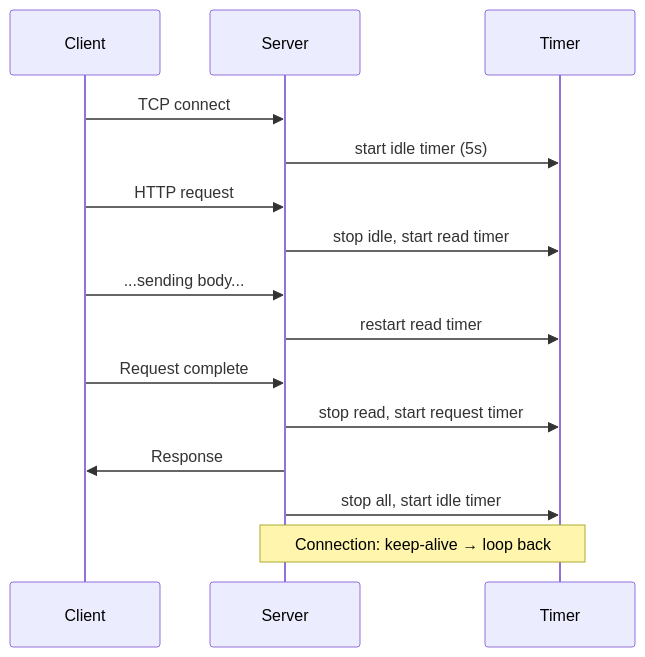
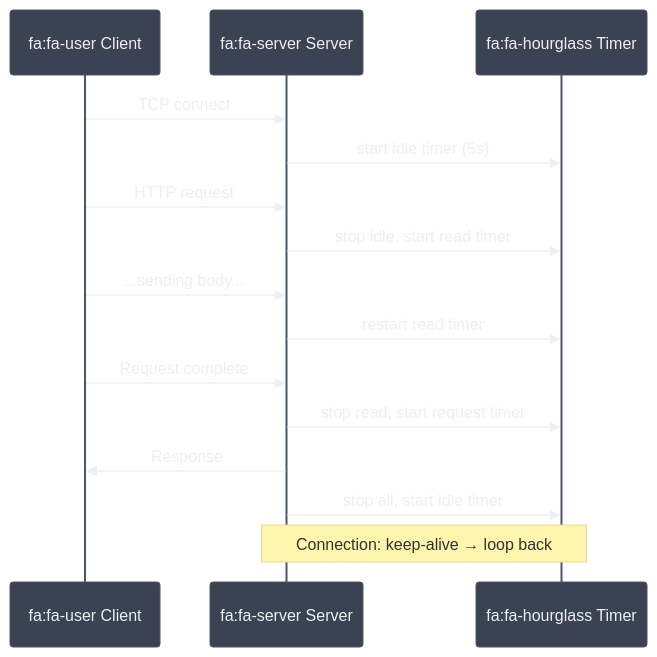
Before and after one commit to quintin-lee/csilk: the eighth of 9 diagrams in docs/module-design/server.md, drawn with Mermaid. The commit also changed other lines of this file and 30 other files, not shown here.

Commit message:
docs(docs): 📝 apply Nord Mermaid theme, RFC 2119 keywords, and quantified metrics to all docs

````diff
--- a/docs/module-design/server.md
+++ b/docs/module-design/server.md
@@ -387,18 +519,39 @@
 ```mermaid
+%%{init: {
+  'theme': 'base',
+  'themeVariables': {
+    'background': '#2E3440',
+    'primaryColor': '#81A1C1',
+    'primaryBorderColor': '#4C566A',
+    'primaryTextColor': '#ECEFF4',
+    'secondaryColor': '#3B4252',
+    'secondaryBorderColor': '#434C5E',
+    'secondaryTextColor': '#D8DEE9',
+    'lineColor': '#81A1C1',
+    'textColor': '#ECEFF4',
+    'mainBkg': '#3B4252',
+    'nodeBorder': '#4C566A',
+    'clusterBkg': '#2E3440',
+    'clusterBorder': '#4C566A',
+    'titleColor': '#ECEFF4',
+    'edgeLabelBackground': '#3B4252',
+    'nodeTextColor': '#ECEFF4'
+  }
+}}%%
 sequenceDiagram
-    participant Client
-    participant Server
-    participant Timer
+    participant Client as fa:fa-user Client
+    participant Server as fa:fa-server Server
+    participant Timer as fa:fa-hourglass Timer
 
     Client->>Server: TCP connect
     Server->>Timer: start idle timer (5s)
     Client->>Server: HTTP request
     Server->>Timer: stop idle, start read timer
     Client->>Server: ...sending body...
     Server->>Timer: restart read timer
     Client->>Server: Request complete
     Server->>Timer: stop read, start request timer
     Server->>Client: Response
     Server->>Timer: stop all, start idle timer
     Note over Server,Timer: Connection: keep-alive → loop back
 ```
````
